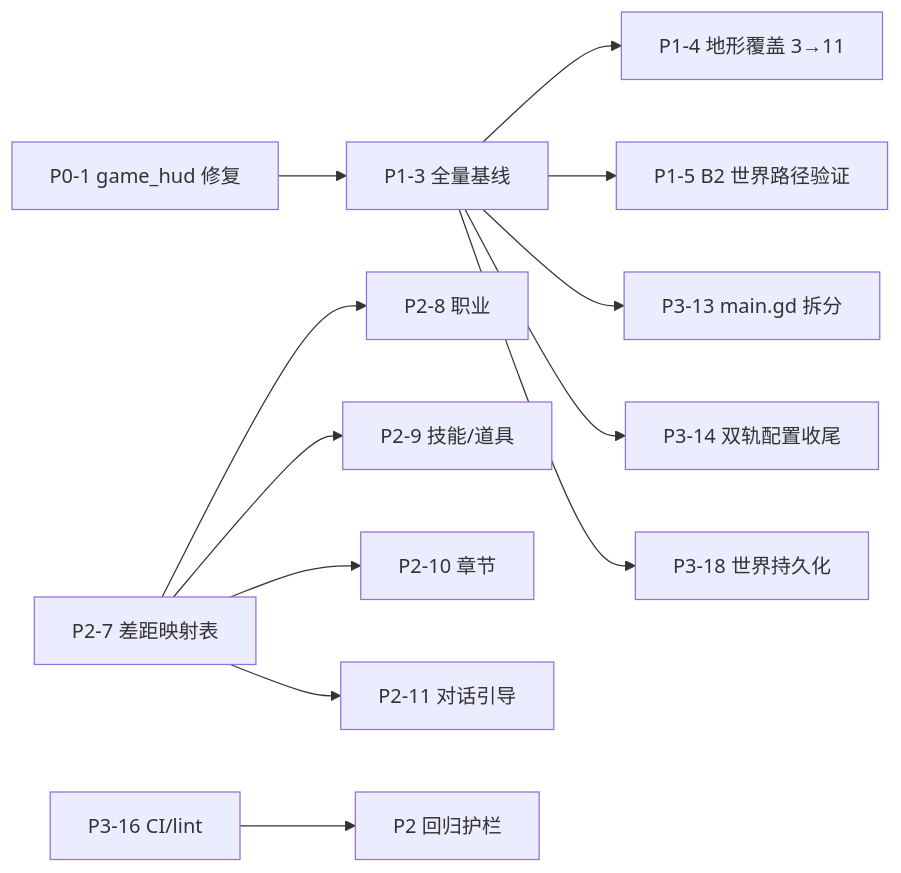
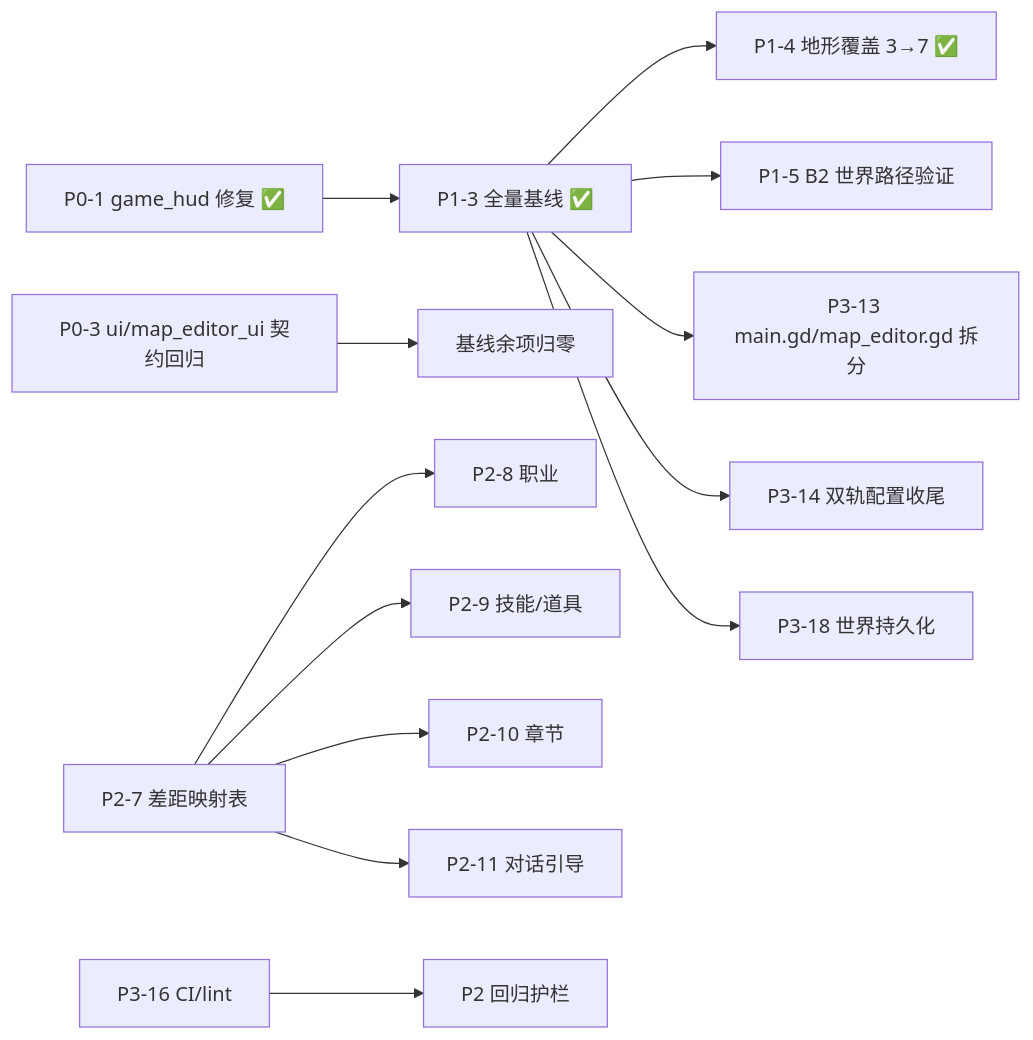
Before and after one commit to hunmer/pixel_world: the diagram in docs/roadmap.md, drawn with Mermaid. The commit also changed other lines of this file and 13 other files, not shown here.

````diff
--- a/docs/roadmap.md
+++ b/docs/roadmap.md
@@ -19,14 +19,15 @@
 ```mermaid
 graph LR
-    A[P0-1 game_hud 修复] --> B[P1-3 全量基线]
-    B --> C[P1-4 地形覆盖 3→11]
+    A[P0-1 game_hud 修复 ✅] --> B[P1-3 全量基线 ✅]
+    Z[P0-3 ui/map_editor_ui 契约回归] --> B2[基线余项归零]
+    B --> C[P1-4 地形覆盖 3→7 ✅]
     B --> D[P1-5 B2 世界路径验证]
-    B --> E[P3-13 main.gd 拆分]
+    B --> E[P3-13 main.gd/map_editor.gd 拆分]
     B --> F[P3-14 双轨配置收尾]
     B --> G[P3-18 世界持久化]
     H[P2-7 差距映射表] --> I[P2-8 职业]
     H --> J[P2-9 技能/道具]
     H --> K[P2-10 章节]
     H --> L[P2-11 对话引导]
     M[P3-16 CI/lint] --> N[P2 回归护栏]
 ```
````
